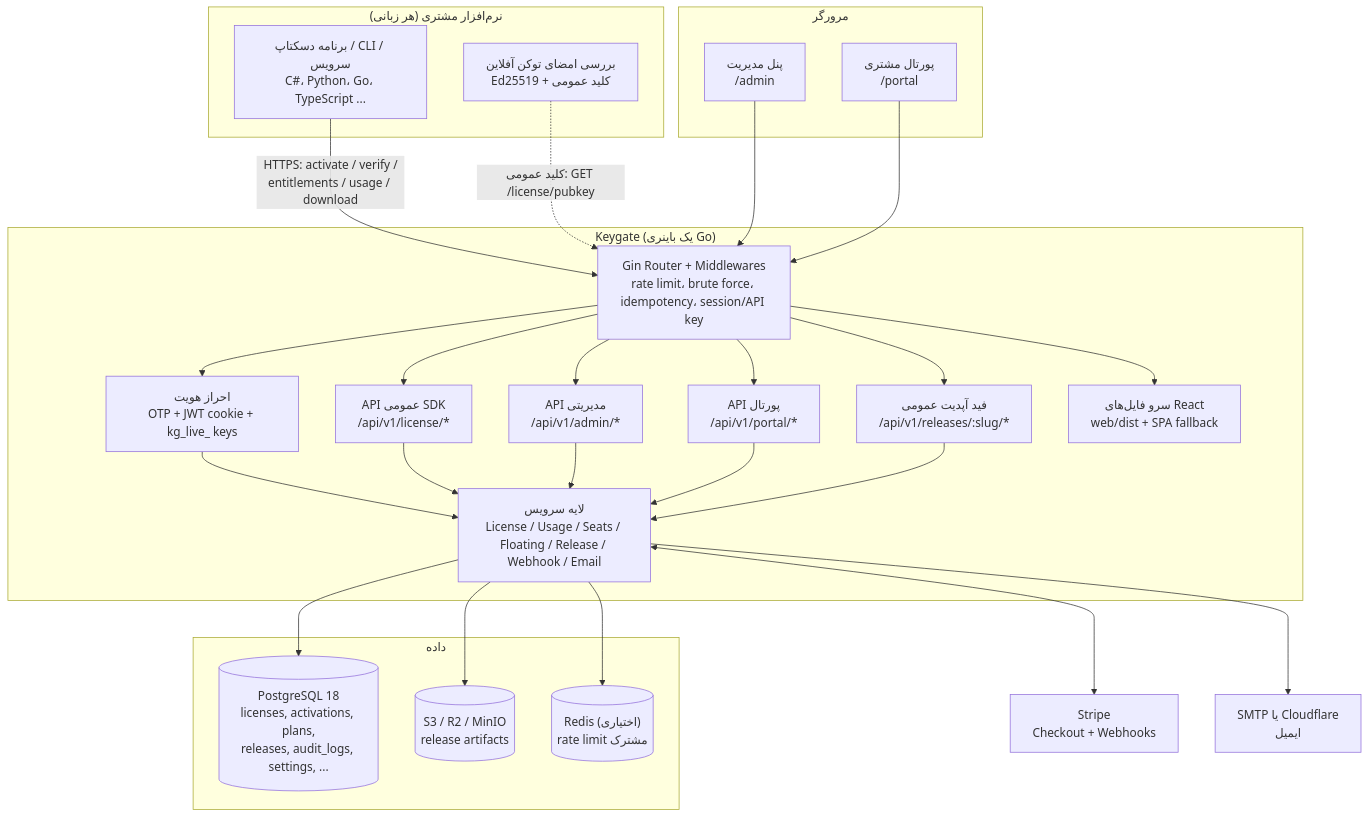
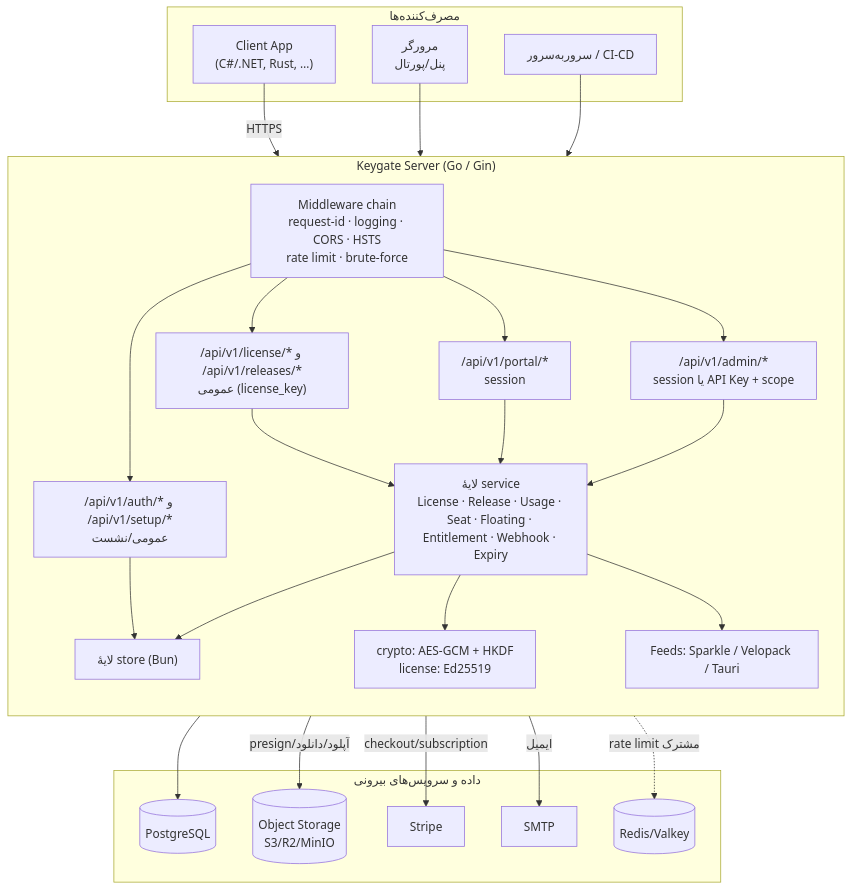
One commit to aminshojaei13/keygate changed the first of 3 diagrams in docs/team-guide/architecture.md. Above: the diagram before and after it, drawn with Mermaid. The commit also changed other lines of this file and 34 other files, not shown here.

````diff
--- a/docs/team-guide/architecture.md
+++ b/docs/team-guide/architecture.md
@@ -19,46 +26,49 @@
 ```mermaid
-graph TB
-    subgraph Client["نرم‌افزار مشتری (هر زبانی)"]
-        APP["برنامه دسکتاپ / CLI / سرویس<br/>C#، Python، Go، TypeScript ..."]
-        VERIFY["بررسی امضای توکن آفلاین<br/>Ed25519 + کلید عمومی"]
+flowchart TB
+    subgraph Clients["مصرف‌کننده‌ها"]
+        SDK["Client App<br/>(C#/.NET, Rust, …)"]
+        Browser["مرورگر<br/>پنل/پورتال"]
+        S2S["سرور‌به‌سرور / CI-CD"]
     end
 
-    subgraph Browser["مرورگر"]
-        ADMIN["پنل مدیریت<br/>/admin"]
-        PORTAL["پورتال مشتری<br/>/portal"]
+    subgraph Keygate["Keygate Server (Go / Gin)"]
+        direction TB
+        MW["Middleware chain<br/>request-id · logging · CORS · HSTS<br/>rate limit · brute-force"]
+        PUB["/api/v1/license/* و /api/v1/releases/*<br/>عمومی (license_key)"]
+        AUTH["/api/v1/auth/* و /api/v1/setup/*<br/>عمومی/نشست"]
+        PORTAL["/api/v1/portal/*<br/>session"]
+        ADMIN["/api/v1/admin/*<br/>session یا API Key + scope"]
+        SVC["لایهٔ service<br/>License · Release · Usage · Seat · Floating · Entitlement · Webhook · Expiry"]
+        STORE["لایهٔ store (Bun)"]
+        CRYPTO["crypto: AES-GCM + HKDF<br/>license: Ed25519"]
+        FEED["Feeds: Sparkle / Velopack / Tauri"]
     end
 
-    subgraph Keygate["Keygate (یک باینری Go)"]
-        GIN["Gin Router + Middlewares<br/>rate limit، brute force، idempotency، session/API key"]
-        PUB["API عمومی SDK<br/>/api/v1/license/*"]
-        FEED["فید آپدیت عمومی<br/>/api/v1/releases/:slug/*"]
-        PAPI["API مدیریتی<br/>/api/v1/admin/*"]
-        CAPI["API پورتال<br/>/api/v1/portal/*"]
-        AUTH["احراز هویت<br/>OTP + JWT cookie + kg_live_ keys"]
-        SVC["لایه سرویس<br/>License / Usage / Seats / Floating / Release / Webhook / Email"]
-        SPA["سرو فایل‌های React<br/>web/dist + SPA fallback"]
+    subgraph Data["داده و سرویس‌های بیرونی"]
+        PG[("PostgreSQL")]
+        OBJ[("Object Storage<br/>S3/R2/MinIO")]
+        STRIPE["Stripe"]
+        SMTP["SMTP"]
+        REDIS[("Redis/Valkey")]
     end
 
-    subgraph Data["داده"]
-        PG[("PostgreSQL 18<br/>licenses, activations, plans,<br/>releases, audit_logs, settings, ...")]
-        S3[("S3 / R2 / MinIO<br/>release artifacts")]
-        REDIS[("Redis (اختیاری)<br/>rate limit مشترک")]
-    end
-
-    STRIPE["Stripe<br/>Checkout + Webhooks"]
-    SMTP["SMTP یا Cloudflare<br/>ایمیل"]
-
-    APP -->|"HTTPS: activate / verify /<br/>entitlements / usage / download"| GIN
-    VERIFY -.->|"کلید عمومی: GET /license/pubkey"| GIN
-    ADMIN --> GIN
-    PORTAL --> GIN
-    GIN --> AUTH --> SVC
-    GIN --> PUB & FEED & PAPI & CAPI
-    PUB & PAPI & CAPI & FEED --> SVC
-    SVC --> PG
-    SVC --> S3
-    SVC --> REDIS
-    SVC <--> STRIPE
-    SVC --> SMTP
-    GIN --> SPA
+    SDK -->|HTTPS| MW
+    Browser --> MW
+    S2S --> MW
+    MW --> PUB
+    MW --> AUTH
+    MW --> PORTAL
+    MW --> ADMIN
+    PUB --> SVC
+    PORTAL --> SVC
+    ADMIN --> SVC
+    AUTH --> STORE
+    SVC --> STORE
+    SVC --> CRYPTO
+    SVC --> FEED
+    STORE --> PG
+    SVC -->|presign/آپلود/دانلود| OBJ
+    SVC -->|checkout/subscription| STRIPE
+    SVC -->|ایمیل| SMTP
+    MW -.->|rate limit مشترک| REDIS
 ```
````
